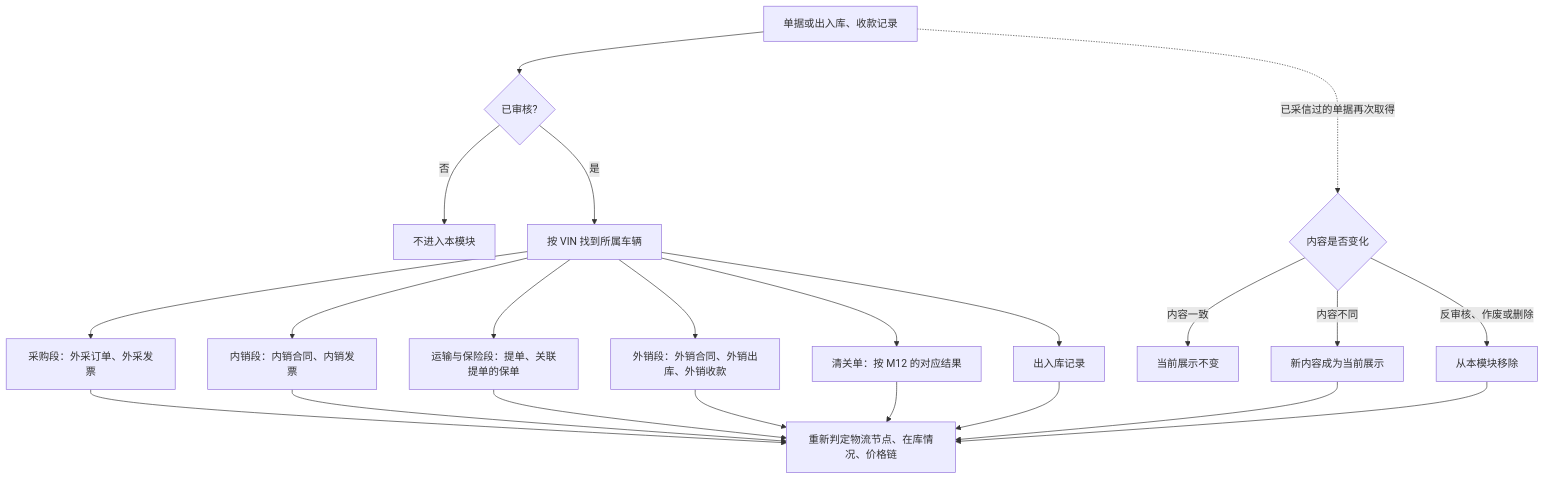
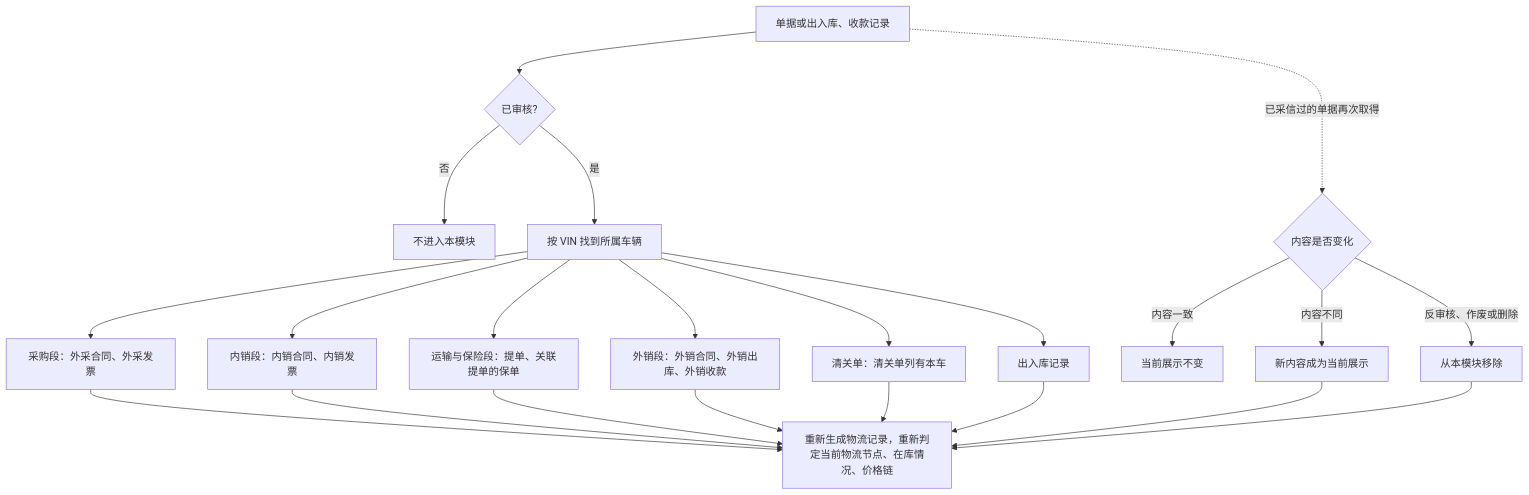
One commit to wxblockchain/Chain-Financing changed the first of 4 diagrams in asset-trust-platform/PRD/运营端/M5-车辆履约/02-车辆履约-流程图与状态机.md. Above: the diagram before and after it, drawn with Mermaid. The commit also changed other lines of this file and 3 other files, not shown here.

````diff
--- a/asset-trust-platform/PRD/运营端/M5-车辆履约/02-车辆履约-流程图与状态机.md
+++ b/asset-trust-platform/PRD/运营端/M5-车辆履约/02-车辆履约-流程图与状态机.md
@@ -17,24 +17,24 @@
 ```mermaid
 flowchart TD
     A[单据或出入库、收款记录] --> B{已审核?}
     B -->|否| X[不进入本模块]
     B -->|是| C[按 VIN 找到所属车辆]
-    C --> D1[采购段：外采订单、外采发票]
+    C --> D1[采购段：外采合同、外采发票]
     C --> D2[内销段：内销合同、内销发票]
     C --> D3[运输与保险段：提单、关联提单的保单]
     C --> D4[外销段：外销合同、外销出库、外销收款]
-    C --> D5[清关单：按 M12 的对应结果]
+    C --> D5[清关单：清关单列有本车]
     C --> D6[出入库记录]
-    D1 --> R[重新判定物流节点、在库情况、价格链]
+    D1 --> R[重新生成物流记录，重新判定当前物流节点、在库情况、价格链]
     D2 --> R
     D3 --> R
     D4 --> R
     D5 --> R
     D6 --> R
     A -. 已采信过的单据再次取得 .-> U{内容是否变化}
     U -->|内容一致| K[当前展示不变]
     U -->|内容不同| N[新内容成为当前展示]
     U -->|反审核、作废或删除| M[从本模块移除]
     N --> R
     M --> R
 ```
````
